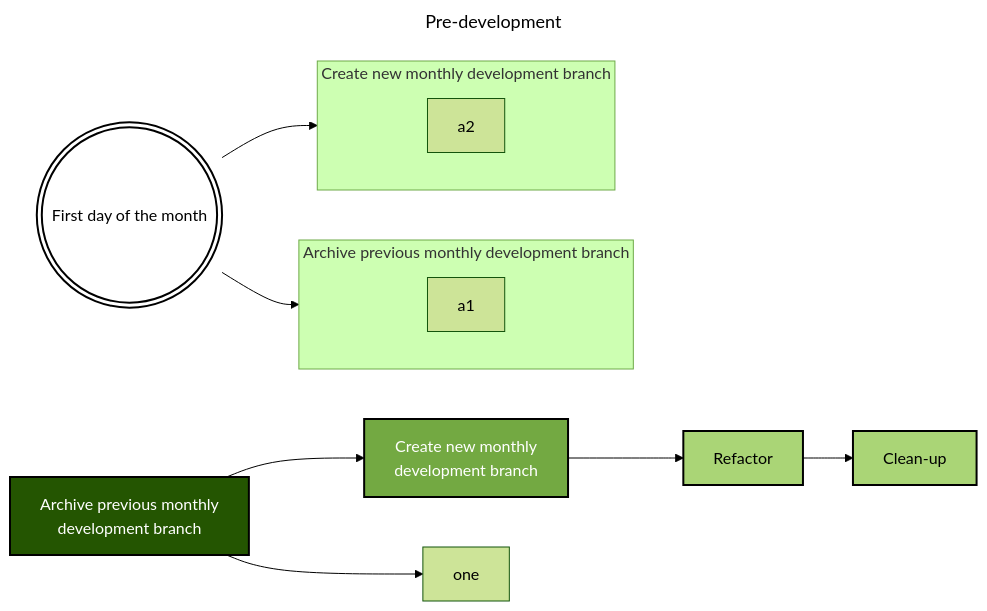
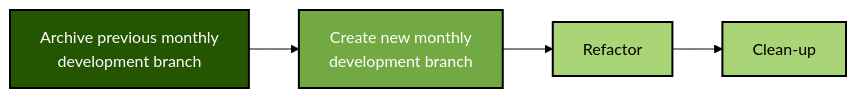
The second of 3 diagrams in README_development.md (spectrum-health-systems/Abatab), drawn with Mermaid (forest theme) before and after one commit. The commit also changed other lines of this file, not shown here.

````diff
--- a/README_development.md
+++ b/README_development.md
@@ -96,30 +96,16 @@
 ```mermaid
----
-title: Pre-development
----
 flowchart LR
-  FirstDayOfTheMonth((("First day of the month"))) --> sgArchivePrevious
-  FirstDayOfTheMonth((("First day of the month"))) --> sgCreateNew
-  
   ArchivePreviousMonthlyDevelopmentBranch["Archive previous monthly\n development branch"] --> CreateNewMonthlyDevelopmentBranch[Create new monthly\ndevelopment branch]
   CreateNewMonthlyDevelopmentBranch --> Refactor[Refactor] --> CleanUp[Clean-up]
   
-  ArchivePreviousMonthlyDevelopmentBranch --> one
-  subgraph sgArchivePrevious ["Archive previous monthly development branch"]
-  a1
-  end
-  subgraph sgCreateNew ["Create new monthly development branch"]
-  a2
-  end
-
   %%classDef Green1A4301BlackBlack fill:#1A4301, color:#000000, stroke:#000000,stroke-width:2px
   classDef Green245501WhiteBlack fill:#245501, color:#FFFFFF, stroke:#000000,stroke-width:2px
   classDef Green73A942WhiteBlack fill:#73A942, color:#FFFFFF, stroke:#000000,stroke-width:2px
   classDef GreenAAD576BlackBlack fill:#AAD576, color:#000000, stroke:#000000,stroke-width:2px
   classDef WhiteBlackBlack fill:#FFFFFF, color:#000000, stroke:#000000,stroke-width:2px
   
   class ArchivePreviousMonthlyDevelopmentBranch Green245501WhiteBlack
   class CreateNewMonthlyDevelopmentBranch Green73A942WhiteBlack
   class Refactor,CleanUp GreenAAD576BlackBlack
   class FirstDayOfTheMonth WhiteBlackBlack
 ```
````
